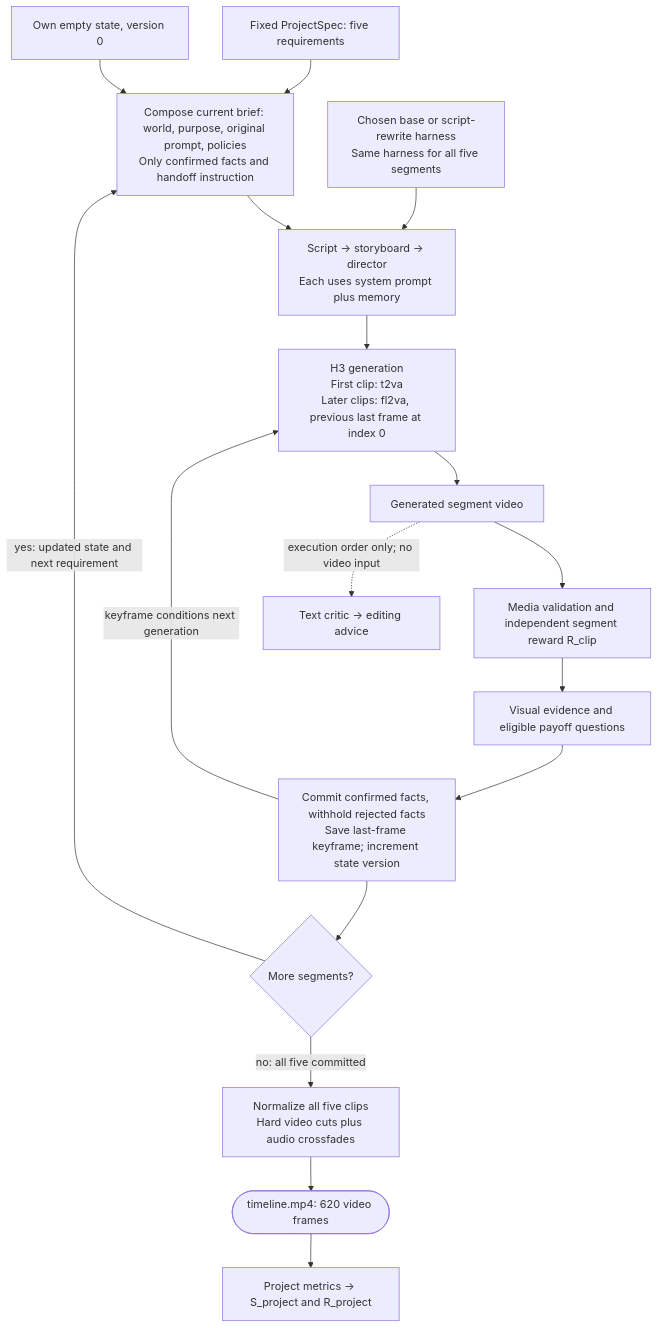
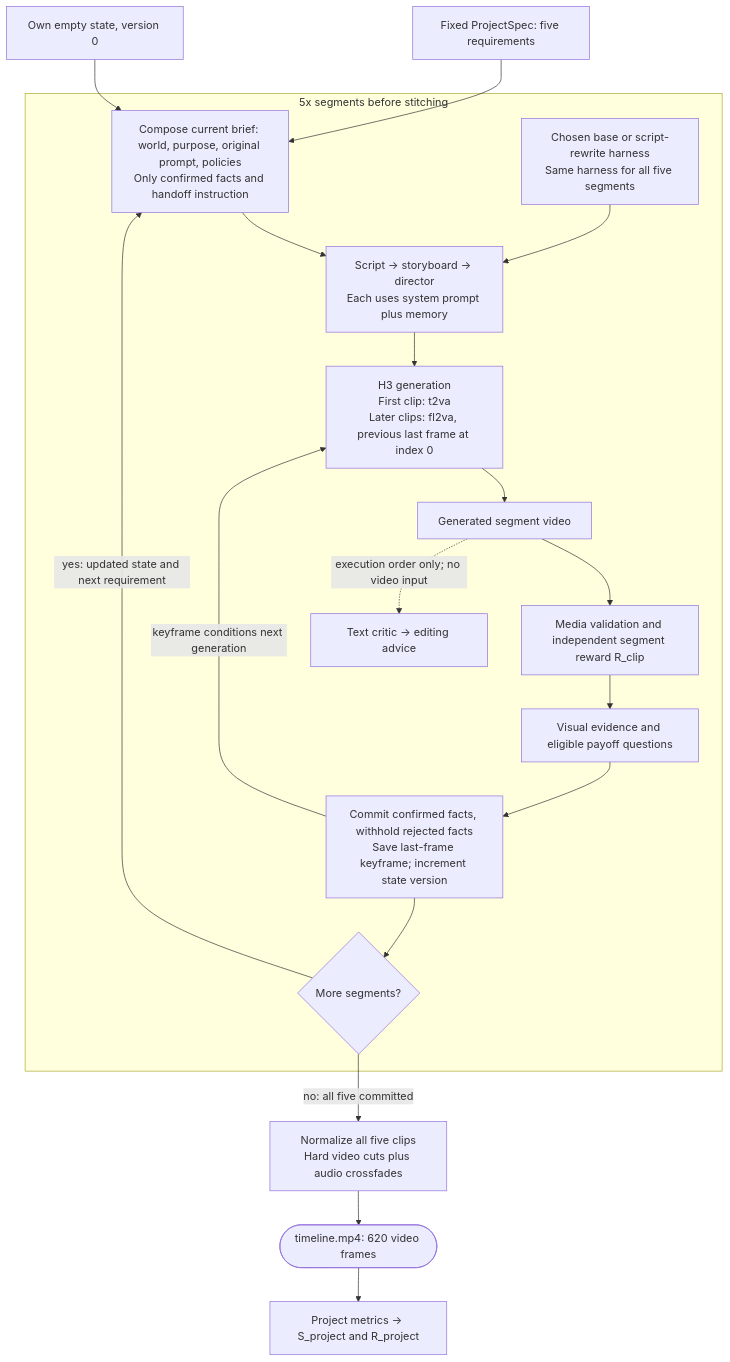
One commit to HaFred/H3-rsi changed the diagram in slides_md/subdocs_examples/11-town-fair-longform-production.md. Above: the diagram before and after it, drawn with Mermaid. The commit also changed 2 other files, not shown here.

Commit message:
polish readme, we just need to show the longform in readme, details embedded back to docs already

````diff
--- a/slides_md/subdocs_examples/11-town-fair-longform-production.md
+++ b/slides_md/subdocs_examples/11-town-fair-longform-production.md
@@ -92,21 +92,23 @@
 ```mermaid
 flowchart TD
   spec["Fixed ProjectSpec: five requirements"] --> brief
   state["Own empty state, version 0"] --> brief
+  subgraph segment_loop["5x segments before stitching"]
   brief["Compose current brief: world, purpose, original prompt, policies<br/>Only confirmed facts and handoff instruction"] --> agents
   harness["Chosen base or script-rewrite harness<br/>Same harness for all five segments"] --> agents
   agents["Script -> storyboard -> director<br/>Each uses system prompt plus memory"] --> h3
   h3["H3 generation<br/>First clip: t2va<br/>Later clips: fl2va, previous last frame at index 0"] --> clip
   clip["Generated segment video"] --> validate
   clip -. "execution order only; no video input" .-> diag
   diag["Text critic -> editing advice"]
   validate["Media validation and independent segment reward R_clip"] --> judge
   judge["Visual evidence and eligible payoff questions"] --> commit
   commit["Commit confirmed facts, withhold rejected facts<br/>Save last-frame keyframe; increment state version"] --> more
   more{"More segments?"} -->|"yes: updated state and next requirement"| brief
   commit -->|"keyframe conditions next generation"| h3
+  end
   more -->|"no: all five committed"| stitch
   stitch["Normalize all five clips<br/>Hard video cuts plus audio crossfades"] --> timeline
   timeline(["timeline.mp4: 620 video frames"]) --> metrics
   metrics["Project metrics -> S_project and R_project"]
 ```
````
